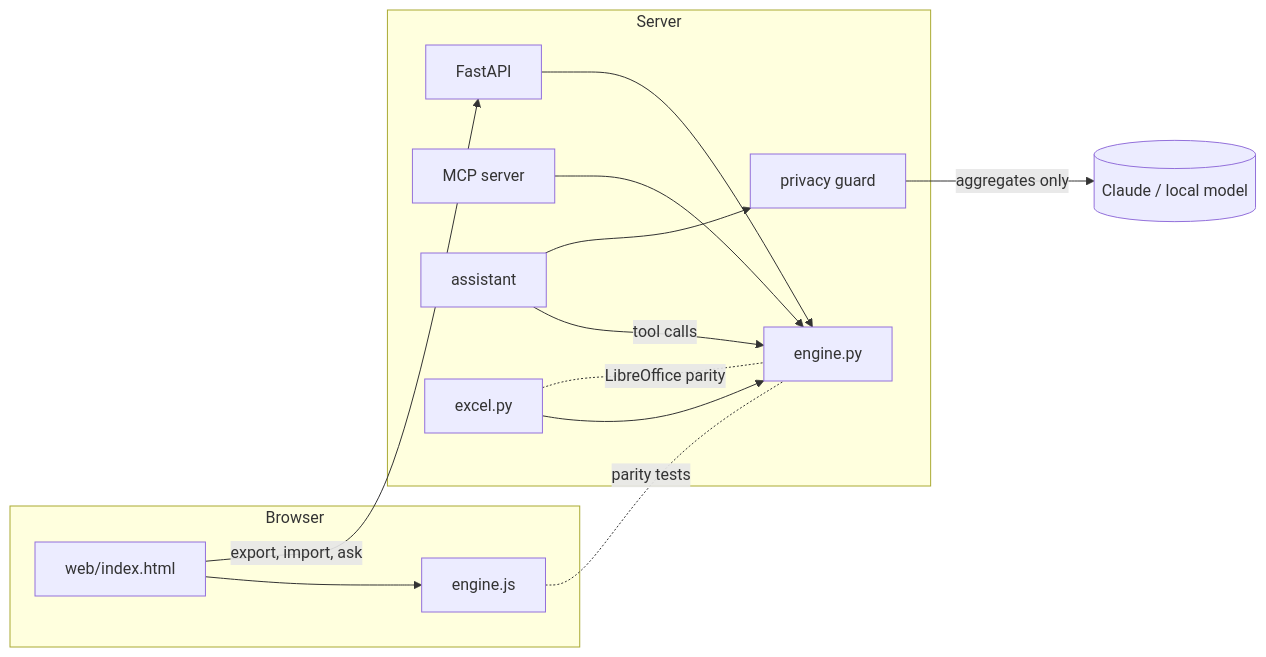
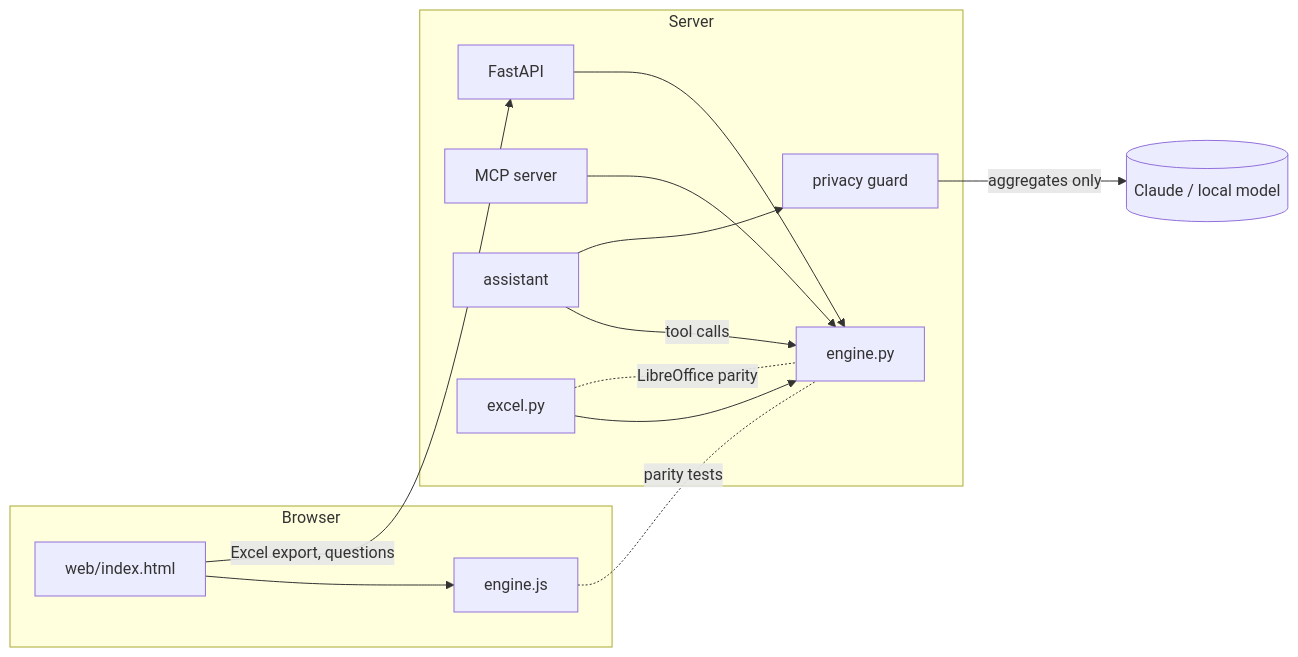
The diagram in README.md (Panth19/planwerk), drawn with Mermaid before and after one commit. The commit also changed other lines of this file and 18 other files, not shown here.

````diff
--- a/README.md
+++ b/README.md
@@ -52,17 +56,17 @@
 ```mermaid
 flowchart LR
   subgraph Browser
     UI[web/index.html] --> JS[engine.js]
   end
   subgraph Server
     API[FastAPI] --> ENG[engine.py]
     MCP[MCP server] --> ENG
     AS[assistant] -->|tool calls| ENG
     AS --> PV[privacy guard]
     XL[excel.py] --> ENG
   end
-  UI -->|export, import, ask| API
+  UI -->|Excel export, questions| API
   PV -->|aggregates only| LLM[(Claude / local model)]
   JS -. parity tests .- ENG
   XL -. LibreOffice parity .- ENG
 ```
````
